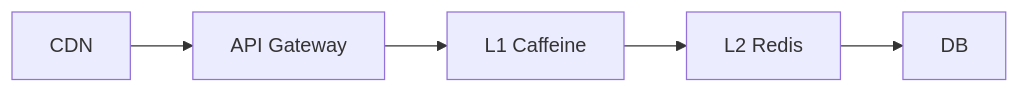
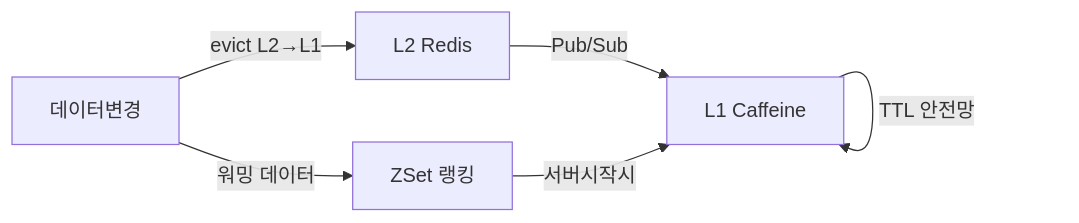
The eighth of 8 diagrams in _posts/caching/2026-05-03-multi-layer-caching.md (yjkim2015/yjkim2015.github.io), drawn with Mermaid before and after one commit. The commit also changed other lines of this file and 4 other files, not shown here.

````diff
--- a/_posts/caching/2026-05-03-multi-layer-caching.md
+++ b/_posts/caching/2026-05-03-multi-layer-caching.md
@@ -699,7 +1662,8 @@
 ```mermaid
 graph LR
-    CDN["CDN"] --> GW["API Gateway"]
-    GW --> L1["L1 Caffeine"]
-    L1 --> L2["L2 Redis"]
-    L2 --> DB["DB"]
+    SRC["데이터변경"] -->|"evict L2→L1"| L2["L2 Redis"]
+    L2 -->|"Pub/Sub"| L1["L1 Caffeine"]
+    L1 -->|"TTL 안전망"| L1
+    SRC -->|"워밍 데이터"| RANK["ZSet 랭킹"]
+    RANK -->|"서버시작시"| L1
 ```
````
